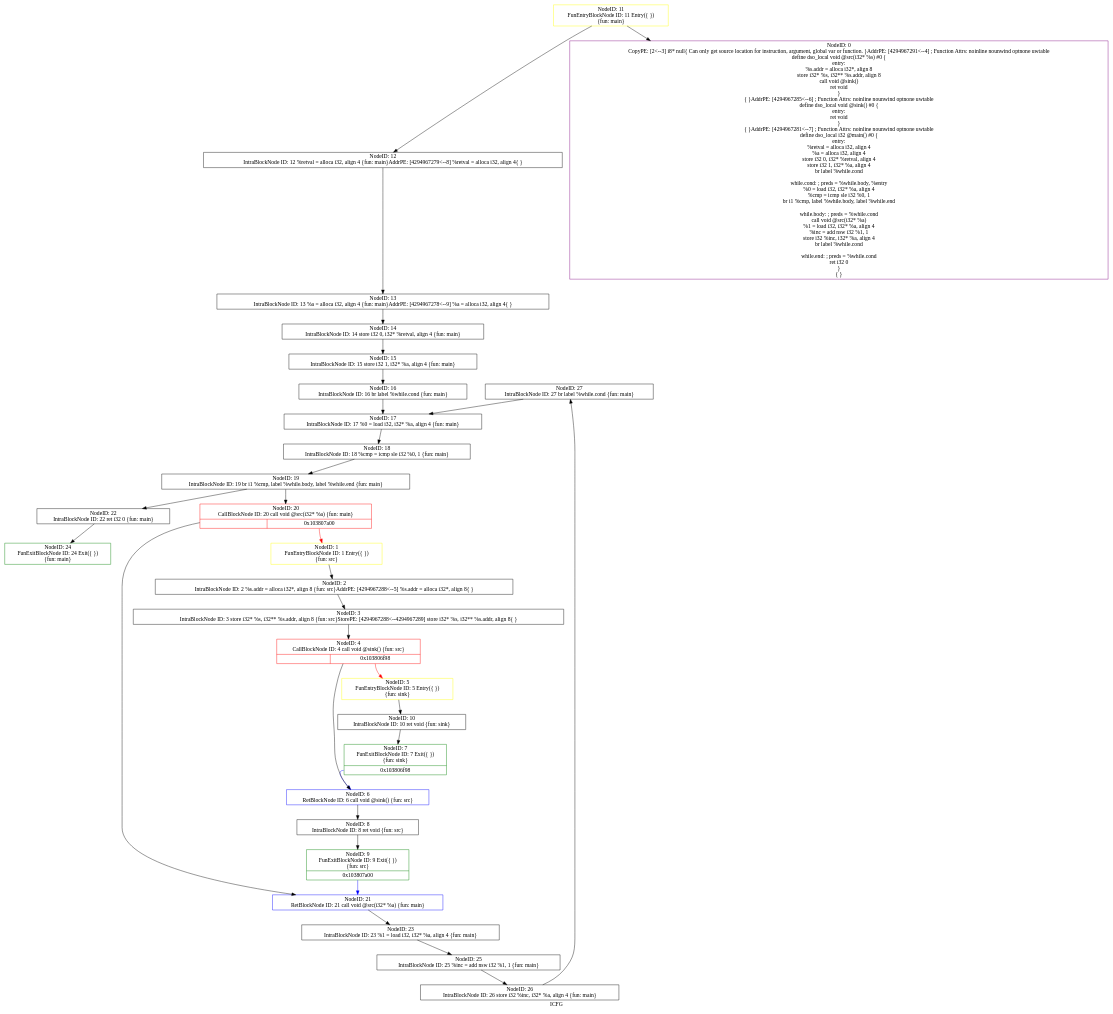
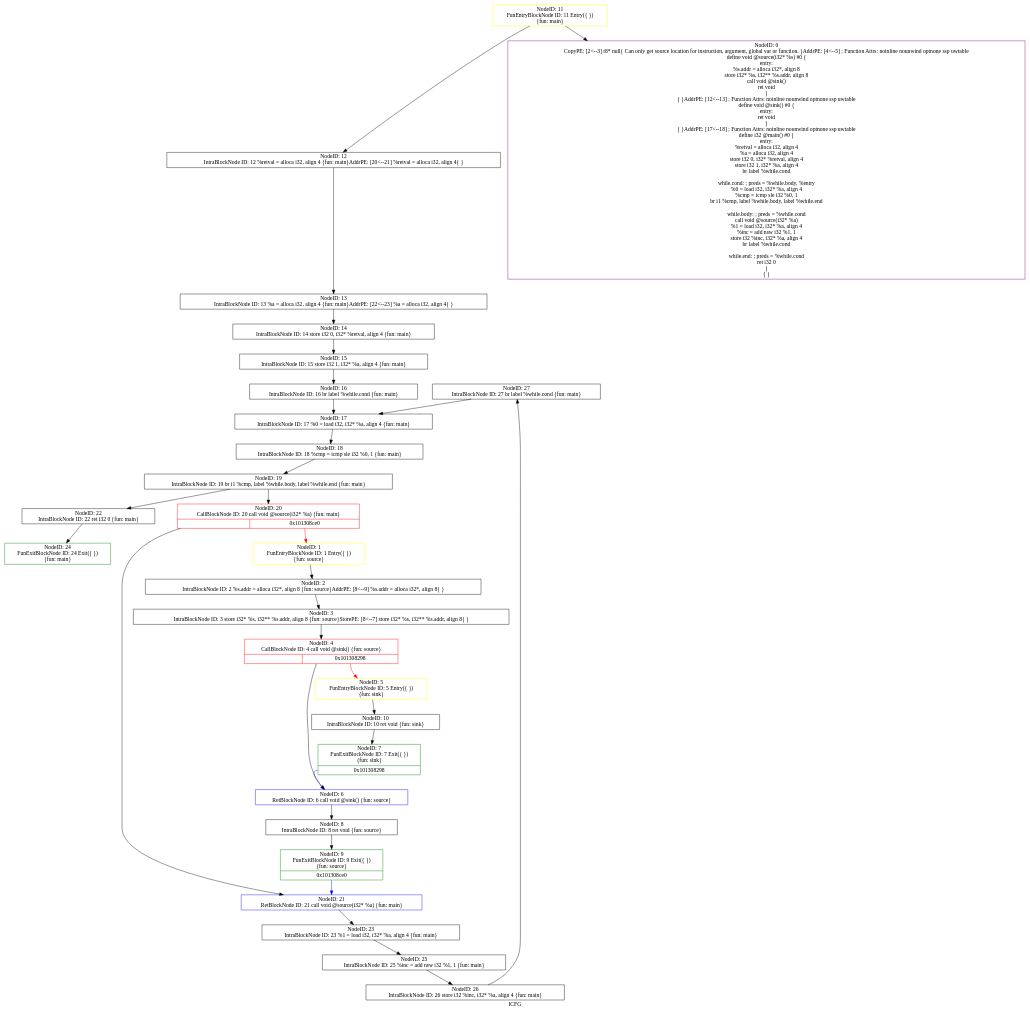
One commit to SVF-tools/Teaching-Software-Analysis changed the diagram in Assignment-2/testcase/dot/icfg_test1.dot. Above: the diagram before and after it, drawn with Graphviz. The commit also changed 6 other files, not shown here.

Commit message:
src->source

```diff
--- a/Assignment-2/testcase/dot/icfg_test1.dot
+++ b/Assignment-2/testcase/dot/icfg_test1.dot
@@ -1,62 +1,62 @@
 digraph "ICFG" {
 	label="ICFG";
 
-	Node0x103812410 [shape=record,color=black,label="{NodeID: 27\nIntraBlockNode ID: 27   br label %while.cond \{fun: main\}}"];
-	Node0x103812410 -> Node0x1038111b0[style=solid];
-	Node0x103812290 [shape=record,color=black,label="{NodeID: 26\nIntraBlockNode ID: 26   store i32 %inc, i32* %a, align 4 \{fun: main\}}"];
-	Node0x103812290 -> Node0x103812410[style=solid];
-	Node0x103812050 [shape=record,color=black,label="{NodeID: 25\nIntraBlockNode ID: 25   %inc = add nsw i32 %1, 1 \{fun: main\}}"];
-	Node0x103812050 -> Node0x103812290[style=solid];
-	Node0x1038109a0 [shape=record,color=green,label="{NodeID: 24\nFunExitBlockNode ID: 24 Exit(\{  \})\n \{fun: main\}}"];
-	Node0x103811be0 [shape=record,color=black,label="{NodeID: 23\nIntraBlockNode ID: 23   %1 = load i32, i32* %a, align 4 \{fun: main\}}"];
-	Node0x103811be0 -> Node0x103812050[style=solid];
-	Node0x103811a60 [shape=record,color=black,label="{NodeID: 22\nIntraBlockNode ID: 22   ret i32 0 \{fun: main\}}"];
-	Node0x103811a60 -> Node0x1038109a0[style=solid];
-	Node0x103811860 [shape=record,color=blue,label="{NodeID: 21\nRetBlockNode ID: 21   call void @src(i32* %a) \{fun: main\}}"];
-	Node0x103811860 -> Node0x103811be0[style=solid];
-	Node0x103811720 [shape=record,color=red,label="{NodeID: 20\nCallBlockNode ID: 20   call void @src(i32* %a) \{fun: main\}|{|<s1>0x103807a00}}"];
-	Node0x103811720 -> Node0x103811860[style=solid];
-	Node0x103811720:s1 -> Node0x103807c00[style=solid,color=red];
-	Node0x1038114e0 [shape=record,color=black,label="{NodeID: 19\nIntraBlockNode ID: 19   br i1 %cmp, label %while.body, label %while.end \{fun: main\}}"];
-	Node0x1038114e0 -> Node0x103811720[style=solid];
-	Node0x1038114e0 -> Node0x103811a60[style=solid];
-	Node0x103811390 [shape=record,color=black,label="{NodeID: 18\nIntraBlockNode ID: 18   %cmp = icmp sle i32 %0, 1 \{fun: main\}}"];
-	Node0x103811390 -> Node0x1038114e0[style=solid];
-	Node0x1038111b0 [shape=record,color=black,label="{NodeID: 17\nIntraBlockNode ID: 17   %0 = load i32, i32* %a, align 4 \{fun: main\}}"];
-	Node0x1038111b0 -> Node0x103811390[style=solid];
-	Node0x103811030 [shape=record,color=black,label="{NodeID: 16\nIntraBlockNode ID: 16   br label %while.cond \{fun: main\}}"];
-	Node0x103811030 -> Node0x1038111b0[style=solid];
-	Node0x103810eb0 [shape=record,color=black,label="{NodeID: 15\nIntraBlockNode ID: 15   store i32 1, i32* %a, align 4 \{fun: main\}}"];
-	Node0x103810eb0 -> Node0x103811030[style=solid];
-	Node0x103810d00 [shape=record,color=black,label="{NodeID: 14\nIntraBlockNode ID: 14   store i32 0, i32* %retval, align 4 \{fun: main\}}"];
-	Node0x103810d00 -> Node0x103810eb0[style=solid];
-	Node0x103810b50 [shape=record,color=black,label="{NodeID: 13\nIntraBlockNode ID: 13   %a = alloca i32, align 4 \{fun: main\}AddrPE: [4294967278\<--9]    %a = alloca i32, align 4\{  \}}"];
-	Node0x103810b50 -> Node0x103810d00[style=solid];
-	Node0x103810a90 [shape=record,color=black,label="{NodeID: 12\nIntraBlockNode ID: 12   %retval = alloca i32, align 4 \{fun: main\}AddrPE: [4294967279\<--8]    %retval = alloca i32, align 4\{  \}}"];
-	Node0x103810a90 -> Node0x103810b50[style=solid];
-	Node0x103810900 [shape=record,color=yellow,label="{NodeID: 11\nFunEntryBlockNode ID: 11 Entry(\{  \})\n \{fun: main\}}"];
-	Node0x103810900 -> Node0x103806640[style=solid];
-	Node0x103810900 -> Node0x103810a90[style=solid];
-	Node0x103810750 [shape=record,color=black,label="{NodeID: 10\nIntraBlockNode ID: 10   ret void \{fun: sink\}}"];
-	Node0x103810750 -> Node0x103810270[style=solid];
-	Node0x103810630 [shape=record,color=green,label="{NodeID: 9\nFunExitBlockNode ID: 9 Exit(\{  \})\n \{fun: src\}|{<s0>0x103807a00}}"];
-	Node0x103810630:s0 -> Node0x103811860[style=solid,color=blue];
-	Node0x103810450 [shape=record,color=black,label="{NodeID: 8\nIntraBlockNode ID: 8   ret void \{fun: src\}}"];
-	Node0x103810450 -> Node0x103810630[style=solid];
-	Node0x103810270 [shape=record,color=green,label="{NodeID: 7\nFunExitBlockNode ID: 7 Exit(\{  \})\n \{fun: sink\}|{<s0>0x103806f98}}"];
-	Node0x103810270:s0 -> Node0x1038101d0[style=solid,color=blue];
-	Node0x1038101d0 [shape=record,color=blue,label="{NodeID: 6\nRetBlockNode ID: 6   call void @sink() \{fun: src\}}"];
-	Node0x1038101d0 -> Node0x103810450[style=solid];
-	Node0x103810070 [shape=record,color=yellow,label="{NodeID: 5\nFunEntryBlockNode ID: 5 Entry(\{  \})\n \{fun: sink\}}"];
-	Node0x103810070 -> Node0x103810750[style=solid];
-	Node0x10380ffc0 [shape=record,color=red,label="{NodeID: 4\nCallBlockNode ID: 4   call void @sink() \{fun: src\}|{|<s1>0x103806f98}}"];
-	Node0x10380ffc0 -> Node0x1038101d0[style=solid];
-	Node0x10380ffc0:s1 -> Node0x103810070[style=solid,color=red];
-	Node0x10380fea0 [shape=record,color=black,label="{NodeID: 3\nIntraBlockNode ID: 3   store i32* %s, i32** %s.addr, align 8 \{fun: src\}StorePE: [4294967288\<--4294967289]    store i32* %s, i32** %s.addr, align 8\{  \}}"];
-	Node0x10380fea0 -> Node0x10380ffc0[style=solid];
-	Node0x10380fdb0 [shape=record,color=black,label="{NodeID: 2\nIntraBlockNode ID: 2   %s.addr = alloca i32*, align 8 \{fun: src\}AddrPE: [4294967288\<--5]    %s.addr = alloca i32*, align 8\{  \}}"];
-	Node0x10380fdb0 -> Node0x10380fea0[style=solid];
-	Node0x103807c00 [shape=record,color=yellow,label="{NodeID: 1\nFunEntryBlockNode ID: 1 Entry(\{  \})\n \{fun: src\}}"];
-	Node0x103807c00 -> Node0x10380fdb0[style=solid];
-	Node0x103806640 [shape=record,color=purple,label="{NodeID: 0\nCopyPE: [2\<--3]  i8* null\{ Can only get source location for instruction, argument, global var or function. \}AddrPE: [4294967291\<--4]  ; Function Attrs: noinline nounwind optnone uwtable\ndefine dso_local void @src(i32* %s) #0 \{\nentry:\n  %s.addr = alloca i32*, align 8\n  store i32* %s, i32** %s.addr, align 8\n  call void @sink()\n  ret void\n\}\n\{  \}AddrPE: [4294967285\<--6]  ; Function Attrs: noinline nounwind optnone uwtable\ndefine dso_local void @sink() #0 \{\nentry:\n  ret void\n\}\n\{  \}AddrPE: [4294967281\<--7]  ; Function Attrs: noinline nounwind optnone uwtable\ndefine dso_local i32 @main() #0 \{\nentry:\n  %retval = alloca i32, align 4\n  %a = alloca i32, align 4\n  store i32 0, i32* %retval, align 4\n  store i32 1, i32* %a, align 4\n  br label %while.cond\n\nwhile.cond:                                       ; preds = %while.body, %entry\n  %0 = load i32, i32* %a, align 4\n  %cmp = icmp sle i32 %0, 1\n  br i1 %cmp, label %while.body, label %while.end\n\nwhile.body:                                       ; preds = %while.cond\n  call void @src(i32* %a)\n  %1 = load i32, i32* %a, align 4\n  %inc = add nsw i32 %1, 1\n  store i32 %inc, i32* %a, align 4\n  br label %while.cond\n\nwhile.end:                                        ; preds = %while.cond\n  ret i32 0\n\}\n\{  \}}"];
+	Node0x10140bf10 [shape=record,color=black,label="{NodeID: 27\nIntraBlockNode ID: 27   br label %while.cond \{fun: main\}}"];
+	Node0x10140bf10 -> Node0x10140acb0[style=solid];
+	Node0x10140bd90 [shape=record,color=black,label="{NodeID: 26\nIntraBlockNode ID: 26   store i32 %inc, i32* %a, align 4 \{fun: main\}}"];
+	Node0x10140bd90 -> Node0x10140bf10[style=solid];
+	Node0x10140bb50 [shape=record,color=black,label="{NodeID: 25\nIntraBlockNode ID: 25   %inc = add nsw i32 %1, 1 \{fun: main\}}"];
+	Node0x10140bb50 -> Node0x10140bd90[style=solid];
+	Node0x10140a450 [shape=record,color=green,label="{NodeID: 24\nFunExitBlockNode ID: 24 Exit(\{  \})\n \{fun: main\}}"];
+	Node0x10140b6e0 [shape=record,color=black,label="{NodeID: 23\nIntraBlockNode ID: 23   %1 = load i32, i32* %a, align 4 \{fun: main\}}"];
+	Node0x10140b6e0 -> Node0x10140bb50[style=solid];
+	Node0x10140b560 [shape=record,color=black,label="{NodeID: 22\nIntraBlockNode ID: 22   ret i32 0 \{fun: main\}}"];
+	Node0x10140b560 -> Node0x10140a450[style=solid];
+	Node0x10140b360 [shape=record,color=blue,label="{NodeID: 21\nRetBlockNode ID: 21   call void @source(i32* %a) \{fun: main\}}"];
+	Node0x10140b360 -> Node0x10140b6e0[style=solid];
+	Node0x10140b220 [shape=record,color=red,label="{NodeID: 20\nCallBlockNode ID: 20   call void @source(i32* %a) \{fun: main\}|{|<s1>0x101308ce0}}"];
+	Node0x10140b220 -> Node0x10140b360[style=solid];
+	Node0x10140b220:s1 -> Node0x101409760[style=solid,color=red];
+	Node0x10140afe0 [shape=record,color=black,label="{NodeID: 19\nIntraBlockNode ID: 19   br i1 %cmp, label %while.body, label %while.end \{fun: main\}}"];
+	Node0x10140afe0 -> Node0x10140b220[style=solid];
+	Node0x10140afe0 -> Node0x10140b560[style=solid];
+	Node0x10140ae90 [shape=record,color=black,label="{NodeID: 18\nIntraBlockNode ID: 18   %cmp = icmp sle i32 %0, 1 \{fun: main\}}"];
+	Node0x10140ae90 -> Node0x10140afe0[style=solid];
+	Node0x10140acb0 [shape=record,color=black,label="{NodeID: 17\nIntraBlockNode ID: 17   %0 = load i32, i32* %a, align 4 \{fun: main\}}"];
+	Node0x10140acb0 -> Node0x10140ae90[style=solid];
+	Node0x10140ab30 [shape=record,color=black,label="{NodeID: 16\nIntraBlockNode ID: 16   br label %while.cond \{fun: main\}}"];
+	Node0x10140ab30 -> Node0x10140acb0[style=solid];
+	Node0x10140a9b0 [shape=record,color=black,label="{NodeID: 15\nIntraBlockNode ID: 15   store i32 1, i32* %a, align 4 \{fun: main\}}"];
+	Node0x10140a9b0 -> Node0x10140ab30[style=solid];
+	Node0x10140a800 [shape=record,color=black,label="{NodeID: 14\nIntraBlockNode ID: 14   store i32 0, i32* %retval, align 4 \{fun: main\}}"];
+	Node0x10140a800 -> Node0x10140a9b0[style=solid];
+	Node0x10140a650 [shape=record,color=black,label="{NodeID: 13\nIntraBlockNode ID: 13   %a = alloca i32, align 4 \{fun: main\}AddrPE: [22\<--23]    %a = alloca i32, align 4\{  \}}"];
+	Node0x10140a650 -> Node0x10140a800[style=solid];
+	Node0x10140a540 [shape=record,color=black,label="{NodeID: 12\nIntraBlockNode ID: 12   %retval = alloca i32, align 4 \{fun: main\}AddrPE: [20\<--21]    %retval = alloca i32, align 4\{  \}}"];
+	Node0x10140a540 -> Node0x10140a650[style=solid];
+	Node0x10140a3b0 [shape=record,color=yellow,label="{NodeID: 11\nFunEntryBlockNode ID: 11 Entry(\{  \})\n \{fun: main\}}"];
+	Node0x10140a3b0 -> Node0x101307280[style=solid];
+	Node0x10140a3b0 -> Node0x10140a540[style=solid];
+	Node0x10140a200 [shape=record,color=black,label="{NodeID: 10\nIntraBlockNode ID: 10   ret void \{fun: sink\}}"];
+	Node0x10140a200 -> Node0x101409d20[style=solid];
+	Node0x10140a0e0 [shape=record,color=green,label="{NodeID: 9\nFunExitBlockNode ID: 9 Exit(\{  \})\n \{fun: source\}|{<s0>0x101308ce0}}"];
+	Node0x10140a0e0:s0 -> Node0x10140b360[style=solid,color=blue];
+	Node0x101409f00 [shape=record,color=black,label="{NodeID: 8\nIntraBlockNode ID: 8   ret void \{fun: source\}}"];
+	Node0x101409f00 -> Node0x10140a0e0[style=solid];
+	Node0x101409d20 [shape=record,color=green,label="{NodeID: 7\nFunExitBlockNode ID: 7 Exit(\{  \})\n \{fun: sink\}|{<s0>0x101308298}}"];
+	Node0x101409d20:s0 -> Node0x101409c80[style=solid,color=blue];
+	Node0x101409c80 [shape=record,color=blue,label="{NodeID: 6\nRetBlockNode ID: 6   call void @sink() \{fun: source\}}"];
+	Node0x101409c80 -> Node0x101409f00[style=solid];
+	Node0x101409b20 [shape=record,color=yellow,label="{NodeID: 5\nFunEntryBlockNode ID: 5 Entry(\{  \})\n \{fun: sink\}}"];
+	Node0x101409b20 -> Node0x10140a200[style=solid];
+	Node0x101409a70 [shape=record,color=red,label="{NodeID: 4\nCallBlockNode ID: 4   call void @sink() \{fun: source\}|{|<s1>0x101308298}}"];
+	Node0x101409a70 -> Node0x101409c80[style=solid];
+	Node0x101409a70:s1 -> Node0x101409b20[style=solid,color=red];
+	Node0x101409950 [shape=record,color=black,label="{NodeID: 3\nIntraBlockNode ID: 3   store i32* %s, i32** %s.addr, align 8 \{fun: source\}StorePE: [8\<--7]    store i32* %s, i32** %s.addr, align 8\{  \}}"];
+	Node0x101409950 -> Node0x101409a70[style=solid];
+	Node0x101409800 [shape=record,color=black,label="{NodeID: 2\nIntraBlockNode ID: 2   %s.addr = alloca i32*, align 8 \{fun: source\}AddrPE: [8\<--9]    %s.addr = alloca i32*, align 8\{  \}}"];
+	Node0x101409800 -> Node0x101409950[style=solid];
+	Node0x101409760 [shape=record,color=yellow,label="{NodeID: 1\nFunEntryBlockNode ID: 1 Entry(\{  \})\n \{fun: source\}}"];
+	Node0x101409760 -> Node0x101409800[style=solid];
+	Node0x101307280 [shape=record,color=purple,label="{NodeID: 0\nCopyPE: [2\<--3]  i8* null\{ Can only get source location for instruction, argument, global var or function. \}AddrPE: [4\<--5]  ; Function Attrs: noinline nounwind optnone ssp uwtable\ndefine void @source(i32* %s) #0 \{\nentry:\n  %s.addr = alloca i32*, align 8\n  store i32* %s, i32** %s.addr, align 8\n  call void @sink()\n  ret void\n\}\n\{  \}AddrPE: [12\<--13]  ; Function Attrs: noinline nounwind optnone ssp uwtable\ndefine void @sink() #0 \{\nentry:\n  ret void\n\}\n\{  \}AddrPE: [17\<--18]  ; Function Attrs: noinline nounwind optnone ssp uwtable\ndefine i32 @main() #0 \{\nentry:\n  %retval = alloca i32, align 4\n  %a = alloca i32, align 4\n  store i32 0, i32* %retval, align 4\n  store i32 1, i32* %a, align 4\n  br label %while.cond\n\nwhile.cond:                                       ; preds = %while.body, %entry\n  %0 = load i32, i32* %a, align 4\n  %cmp = icmp sle i32 %0, 1\n  br i1 %cmp, label %while.body, label %while.end\n\nwhile.body:                                       ; preds = %while.cond\n  call void @source(i32* %a)\n  %1 = load i32, i32* %a, align 4\n  %inc = add nsw i32 %1, 1\n  store i32 %inc, i32* %a, align 4\n  br label %while.cond\n\nwhile.end:                                        ; preds = %while.cond\n  ret i32 0\n\}\n\{  \}}"];
 }
```
